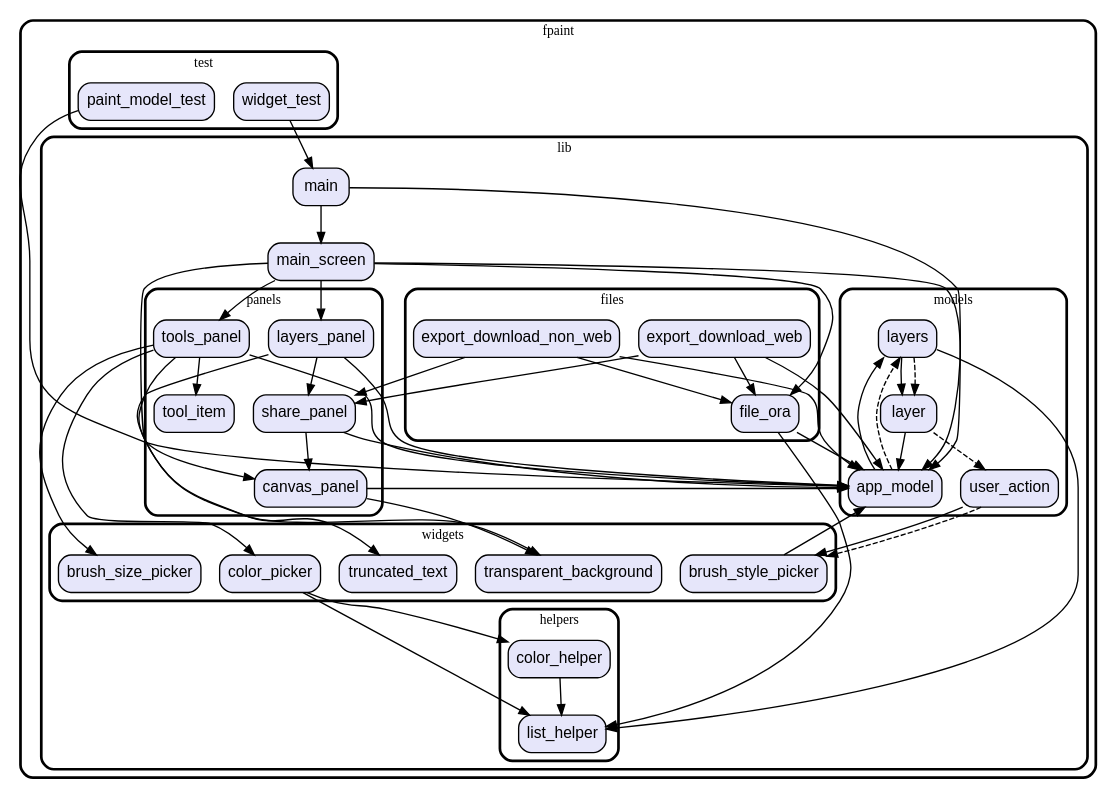
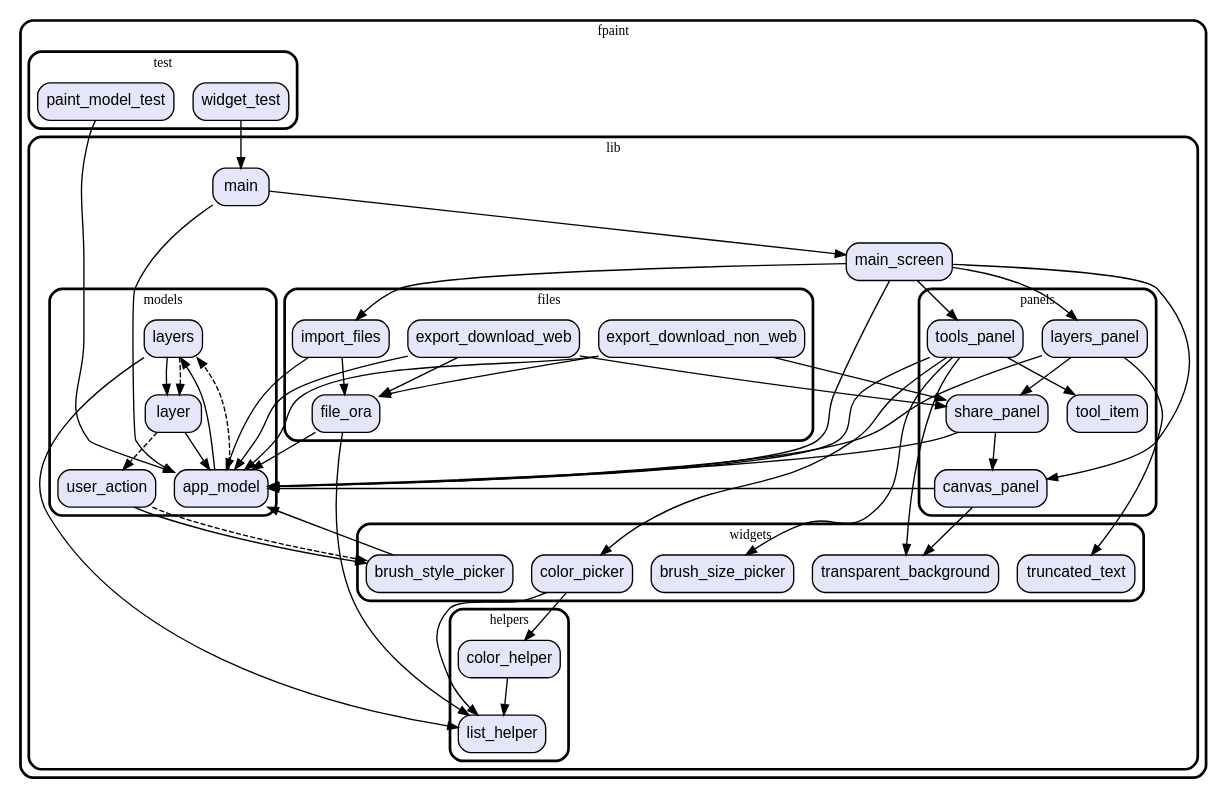
Before and after one commit to vteam-com/fPaint: the diagram in graph.dot, drawn with Graphviz. The commit also changed 3 other files, not shown here.

Commit message:
refactor files code out of main_screen

```diff
--- a/graph.dot
+++ b/graph.dot
@@ -1,117 +1,121 @@
 digraph "" {
   graph [style=rounded fontname="Arial Black" fontsize=13 penwidth=2.6];
   node [shape=rect style="filled,rounded" fontname=Arial fontsize=15 fillcolor=Lavender penwidth=1.3];
   edge [penwidth=1.3];
   "/test/paint_model_test.dart" [label="paint_model_test"];
   "/test/widget_test.dart" [label="widget_test"];
   "/lib/panels/canvas_panel.dart" [label="canvas_panel"];
   "/lib/panels/tool_item.dart" [label="tool_item"];
   "/lib/panels/share_panel.dart" [label="share_panel"];
   "/lib/panels/tools_panel.dart" [label="tools_panel"];
   "/lib/panels/layers_panel.dart" [label="layers_panel"];
   "/lib/models/layers.dart" [label="layers"];
   "/lib/models/user_action.dart" [label="user_action"];
   "/lib/models/app_model.dart" [label="app_model"];
   "/lib/models/layer.dart" [label="layer"];
   "/lib/main.dart" [label="main"];
   "/lib/files/export_download_web.dart" [label="export_download_web"];
   "/lib/files/file_ora.dart" [label="file_ora"];
   "/lib/files/export_download_non_web.dart" [label="export_download_non_web"];
+  "/lib/files/import_files.dart" [label="import_files"];
   "/lib/main_screen.dart" [label="main_screen"];
   "/lib/helpers/list_helper.dart" [label="list_helper"];
   "/lib/helpers/color_helper.dart" [label="color_helper"];
   "/lib/widgets/truncated_text.dart" [label="truncated_text"];
   "/lib/widgets/brush_size_picker.dart" [label="brush_size_picker"];
   "/lib/widgets/transparent_background.dart" [label="transparent_background"];
   "/lib/widgets/brush_style_picker.dart" [label="brush_style_picker"];
   "/lib/widgets/color_picker.dart" [label="color_picker"];
   subgraph "cluster~" {
     label="fpaint";
     subgraph "cluster~/test" {
       label="test";
       "/test/paint_model_test.dart";
       "/test/widget_test.dart";
     }
     subgraph "cluster~/lib" {
       label="lib";
       "/lib/main.dart";
       "/lib/main_screen.dart";
       subgraph "cluster~/lib/panels" {
         label="panels";
         "/lib/panels/canvas_panel.dart";
         "/lib/panels/tool_item.dart";
         "/lib/panels/share_panel.dart";
         "/lib/panels/tools_panel.dart";
         "/lib/panels/layers_panel.dart";
       }
       subgraph "cluster~/lib/models" {
         label="models";
         "/lib/models/layers.dart";
         "/lib/models/user_action.dart";
         "/lib/models/app_model.dart";
         "/lib/models/layer.dart";
       }
       subgraph "cluster~/lib/files" {
         label="files";
         "/lib/files/export_download_web.dart";
         "/lib/files/file_ora.dart";
         "/lib/files/export_download_non_web.dart";
+        "/lib/files/import_files.dart";
       }
       subgraph "cluster~/lib/helpers" {
         label="helpers";
         "/lib/helpers/list_helper.dart";
         "/lib/helpers/color_helper.dart";
       }
       subgraph "cluster~/lib/widgets" {
         label="widgets";
         "/lib/widgets/truncated_text.dart";
         "/lib/widgets/brush_size_picker.dart";
         "/lib/widgets/transparent_background.dart";
         "/lib/widgets/brush_style_picker.dart";
         "/lib/widgets/color_picker.dart";
       }
     }
   }
   "/test/paint_model_test.dart" -> "/lib/models/app_model.dart";
   "/test/widget_test.dart" -> "/lib/main.dart";
   "/lib/panels/canvas_panel.dart" -> "/lib/widgets/transparent_background.dart";
   "/lib/panels/canvas_panel.dart" -> "/lib/models/app_model.dart";
   "/lib/panels/share_panel.dart" -> "/lib/models/app_model.dart";
   "/lib/panels/share_panel.dart" -> "/lib/panels/canvas_panel.dart";
   "/lib/panels/tools_panel.dart" -> "/lib/models/app_model.dart";
   "/lib/panels/tools_panel.dart" -> "/lib/panels/tool_item.dart";
   "/lib/panels/tools_panel.dart" -> "/lib/widgets/brush_size_picker.dart";
   "/lib/panels/tools_panel.dart" -> "/lib/widgets/color_picker.dart";
   "/lib/panels/tools_panel.dart" -> "/lib/widgets/transparent_background.dart";
   "/lib/panels/layers_panel.dart" -> "/lib/models/app_model.dart";
   "/lib/panels/layers_panel.dart" -> "/lib/panels/share_panel.dart";
   "/lib/panels/layers_panel.dart" -> "/lib/widgets/truncated_text.dart";
   "/lib/models/layers.dart" -> "/lib/helpers/list_helper.dart";
   "/lib/models/layers.dart" -> "/lib/models/layer.dart";
   "/lib/models/layers.dart" -> "/lib/models/layer.dart" [style=dashed];
   "/lib/models/user_action.dart" -> "/lib/widgets/brush_style_picker.dart";
   "/lib/models/user_action.dart" -> "/lib/widgets/brush_style_picker.dart" [style=dashed];
   "/lib/models/app_model.dart" -> "/lib/models/layers.dart";
   "/lib/models/app_model.dart" -> "/lib/models/layers.dart" [style=dashed];
   "/lib/models/layer.dart" -> "/lib/models/app_model.dart";
   "/lib/models/layer.dart" -> "/lib/models/user_action.dart" [style=dashed];
   "/lib/main.dart" -> "/lib/main_screen.dart";
   "/lib/main.dart" -> "/lib/models/app_model.dart";
   "/lib/files/export_download_web.dart" -> "/lib/files/file_ora.dart";
   "/lib/files/export_download_web.dart" -> "/lib/models/app_model.dart";
   "/lib/files/export_download_web.dart" -> "/lib/panels/share_panel.dart";
   "/lib/files/file_ora.dart" -> "/lib/helpers/list_helper.dart";
   "/lib/files/file_ora.dart" -> "/lib/models/app_model.dart";
   "/lib/files/export_download_non_web.dart" -> "/lib/files/file_ora.dart";
   "/lib/files/export_download_non_web.dart" -> "/lib/models/app_model.dart";
   "/lib/files/export_download_non_web.dart" -> "/lib/panels/share_panel.dart";
-  "/lib/main_screen.dart" -> "/lib/files/file_ora.dart";
+  "/lib/files/import_files.dart" -> "/lib/files/file_ora.dart";
+  "/lib/files/import_files.dart" -> "/lib/models/app_model.dart";
+  "/lib/main_screen.dart" -> "/lib/files/import_files.dart";
   "/lib/main_screen.dart" -> "/lib/panels/canvas_panel.dart";
   "/lib/main_screen.dart" -> "/lib/panels/layers_panel.dart";
   "/lib/main_screen.dart" -> "/lib/panels/tools_panel.dart";
   "/lib/main_screen.dart" -> "/lib/models/app_model.dart";
   "/lib/helpers/color_helper.dart" -> "/lib/helpers/list_helper.dart";
   "/lib/widgets/brush_style_picker.dart" -> "/lib/models/app_model.dart";
   "/lib/widgets/color_picker.dart" -> "/lib/helpers/color_helper.dart";
   "/lib/widgets/color_picker.dart" -> "/lib/helpers/list_helper.dart";
 }
```
